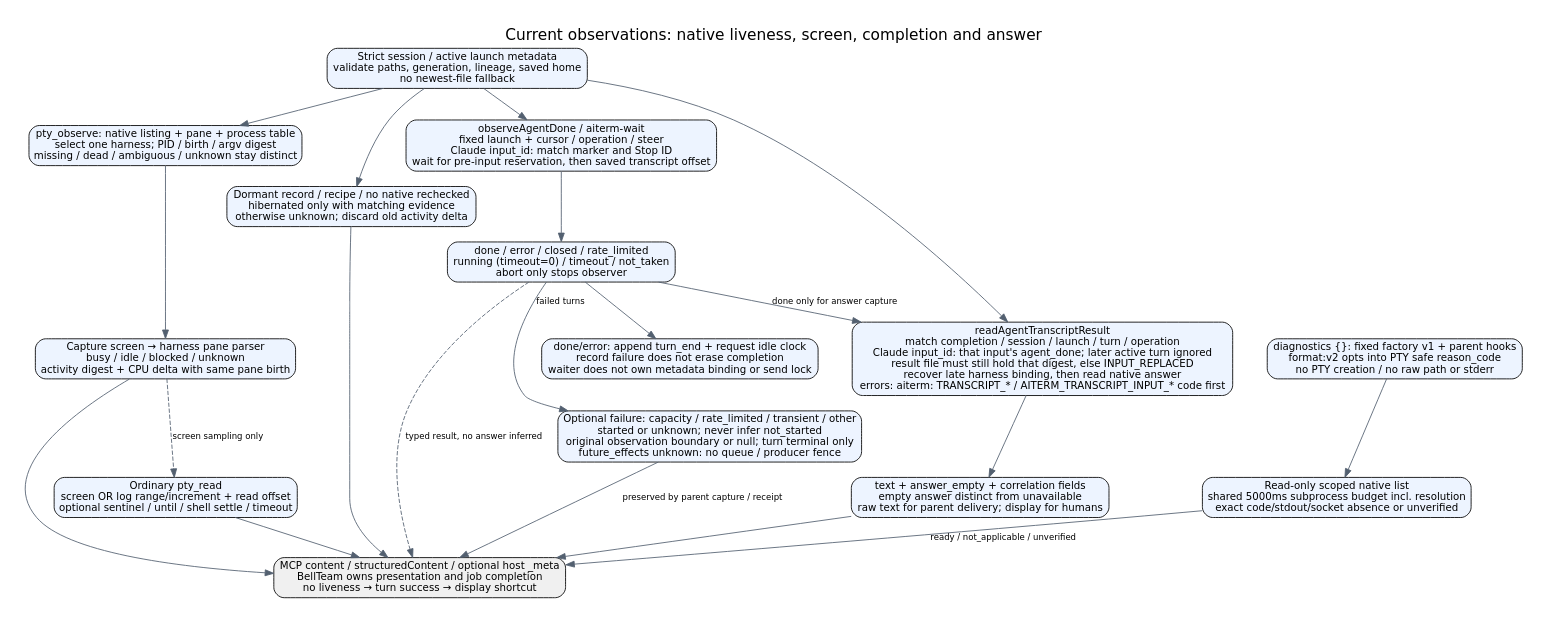
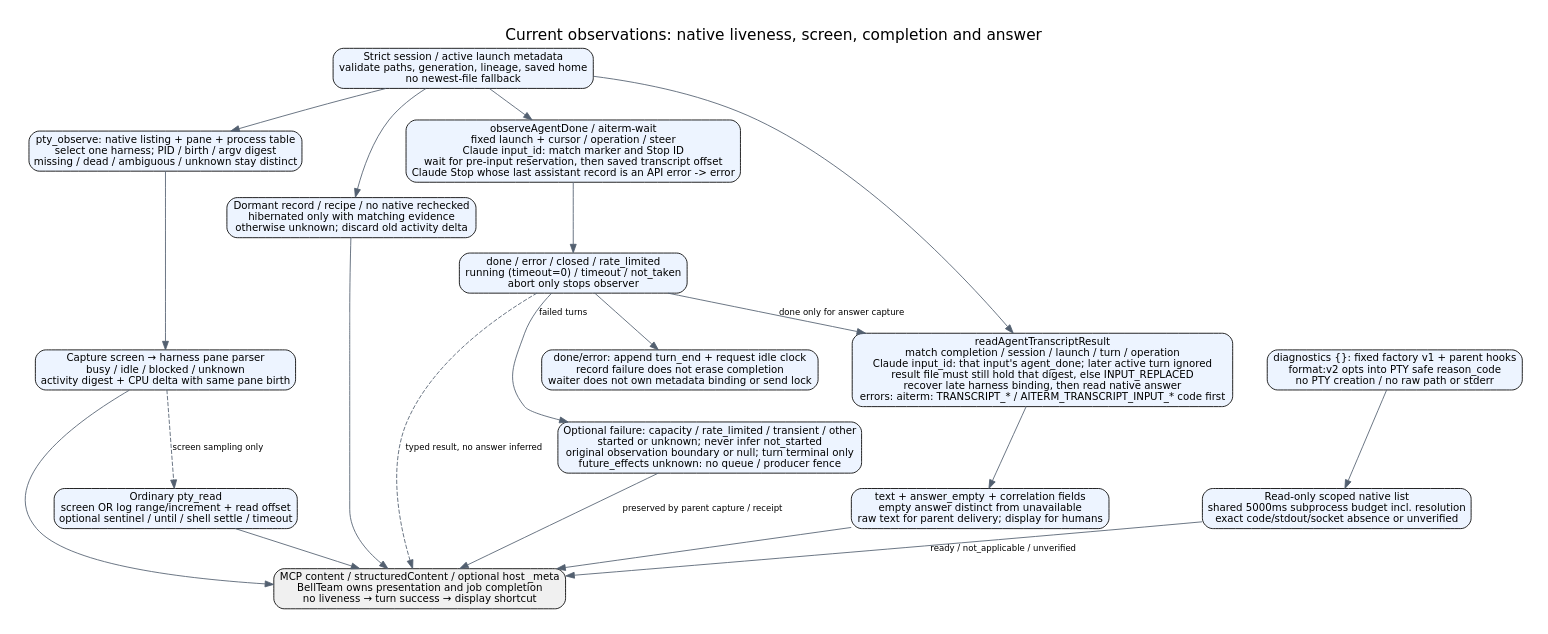
The diagram in docs/architecture/observation-results.dot (kitepon/aiterm-mcp), drawn with Graphviz before and after one commit. The commit also changed 8 other files, not shown here.

Commit message:
Report a Claude limit record that still fires Stop as rate_limited

```diff
--- a/docs/architecture/observation-results.dot
+++ b/docs/architecture/observation-results.dot
@@ -1,25 +1,25 @@
 digraph observation {
  graph [rankdir=TB,bgcolor="white",pad=0.3,nodesep=0.55,ranksep=0.5,label="Current observations: native liveness, screen, completion and answer",labelloc=t,fontname="DejaVu Sans",fontsize=18];
  node [shape=box,style="rounded,filled",fillcolor="#edf4ff",fontname="DejaVu Sans",fontsize=12];
  edge [fontname="DejaVu Sans",fontsize=10,color="#536070"];
  meta [label="Strict session / active launch metadata\nvalidate paths, generation, lineage, saved home\nno newest-file fallback"];
  native [label="pty_observe: native listing + pane + process table\nselect one harness; PID / birth / argv digest\nmissing / dead / ambiguous / unknown stay distinct"];
  screen [label="Capture screen → harness pane parser\nbusy / idle / blocked / unknown\nactivity digest + CPU delta with same pane birth"];
  dormant [label="Dormant record / recipe / no native rechecked\nhibernated only with matching evidence\notherwise unknown; discard old activity delta"];
- wait [label="observeAgentDone / aiterm-wait\nfixed launch + cursor / operation / steer\nClaude input_id: match marker and Stop ID\nwait for pre-input reservation, then saved transcript offset"];
+ wait [label="observeAgentDone / aiterm-wait\nfixed launch + cursor / operation / steer\nClaude input_id: match marker and Stop ID\nwait for pre-input reservation, then saved transcript offset\nClaude Stop whose last assistant record is an API error -> error"];
  end [label="done / error / closed / rate_limited\nrunning (timeout=0) / timeout / not_taken\nabort only stops observer"];
  failure [label="Optional failure: capacity / rate_limited / transient / other\nstarted or unknown; never infer not_started\noriginal observation boundary or null; turn terminal only\nfuture_effects unknown: no queue / producer fence"];
  activity [label="done/error: append turn_end + request idle clock\nrecord failure does not erase completion\nwaiter does not own metadata binding or send lock"];
  answer [label="readAgentTranscriptResult\nmatch completion / session / launch / turn / operation\nClaude input_id: that input's agent_done; later active turn ignored\nresult file must still hold that digest, else INPUT_REPLACED\nrecover late harness binding, then read native answer\nerrors: aiterm: TRANSCRIPT_* / AITERM_TRANSCRIPT_INPUT_* code first"];
  body [label="text + answer_empty + correlation fields\nempty answer distinct from unavailable\nraw text for parent delivery; display for humans"];
  terminal [label="Ordinary pty_read\nscreen OR log range/increment + read offset\noptional sentinel / until / shell settle / timeout"];
  host [label="MCP content / structuredContent / optional host _meta\nBellTeam owns presentation and job completion\nno liveness → turn success → display shortcut",fillcolor="#f0f0f0"];
  diagnostics [label="diagnostics {}: fixed factory v1 + parent hooks\nformat:v2 opts into PTY safe reason_code\nno PTY creation / no raw path or stderr"];
  probe [label="Read-only scoped native list\nshared 5000ms subprocess budget incl. resolution\nexact code/stdout/socket absence or unverified"];
  diagnostics -> probe;probe -> host [label="ready / not_applicable / unverified"];
  meta -> native;native -> screen;meta -> dormant;meta -> wait;wait -> end;end -> activity;
  end -> failure [label="failed turns"];failure -> host [label="preserved by parent capture / receipt"];
  end -> answer [label="done only for answer capture"];meta -> answer;answer -> body;body -> host;
  screen -> host;dormant -> host;end -> host [style=dashed,label="typed result, no answer inferred"];
  terminal -> host;screen -> terminal [style=dashed,label="screen sampling only"];
 }
```
